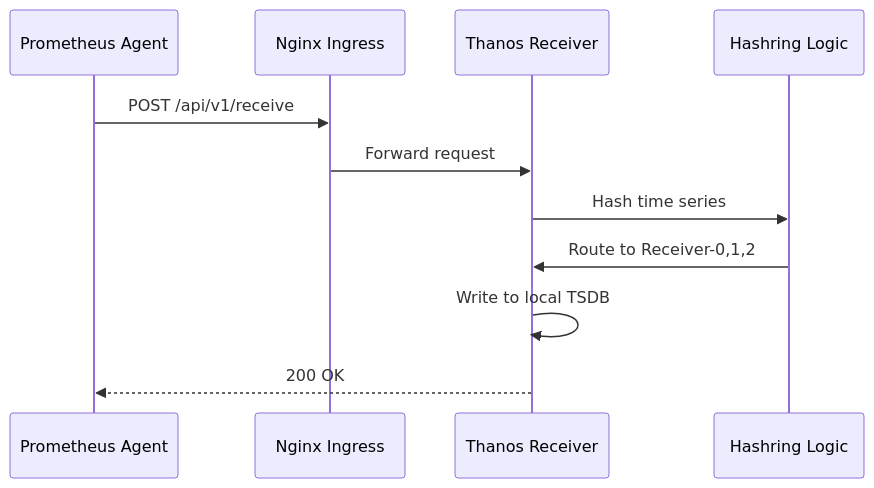
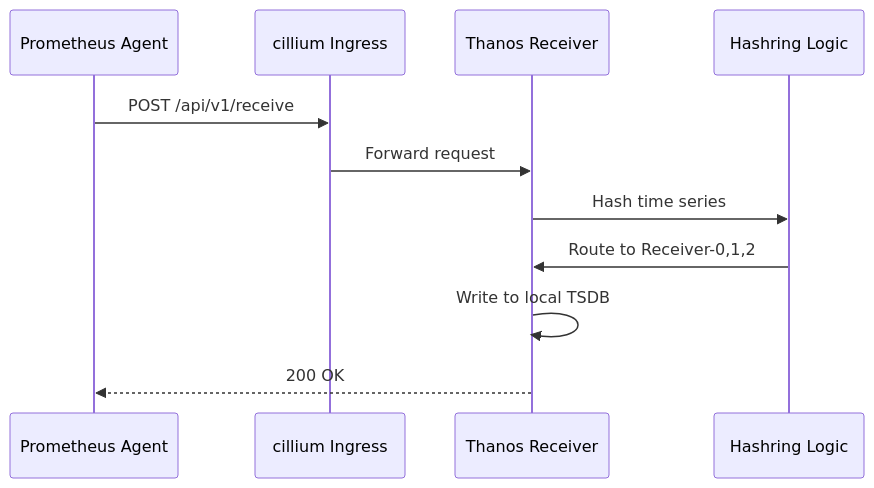
Before and after one commit to kronenz/prometheua-HA-kustomize: the second of 3 diagrams in docs/Agent-Receiver-아키텍처/01-아키텍처/Thanos-Receiver-패턴.md, drawn with Mermaid.

Commit message:
Update Ingress participant name in sequence diagramc

````diff
--- a/docs/Agent-Receiver-아키텍처/01-아키텍처/Thanos-Receiver-패턴.md
+++ b/docs/Agent-Receiver-아키텍처/01-아키텍처/Thanos-Receiver-패턴.md
@@ -221,14 +221,14 @@
 ```mermaid
 sequenceDiagram
     participant Agent as Prometheus Agent
-    participant Ingress as Nginx Ingress
+    participant Ingress as cillium Ingress
     participant Receiver as Thanos Receiver
     participant Hashring as Hashring Logic
 
     Agent->>Ingress: POST /api/v1/receive
     Ingress->>Receiver: Forward request
     Receiver->>Hashring: Hash time series
     Hashring->>Receiver: Route to Receiver-0,1,2
     Receiver->>Receiver: Write to local TSDB
     Receiver-->>Agent: 200 OK
 ```
````
